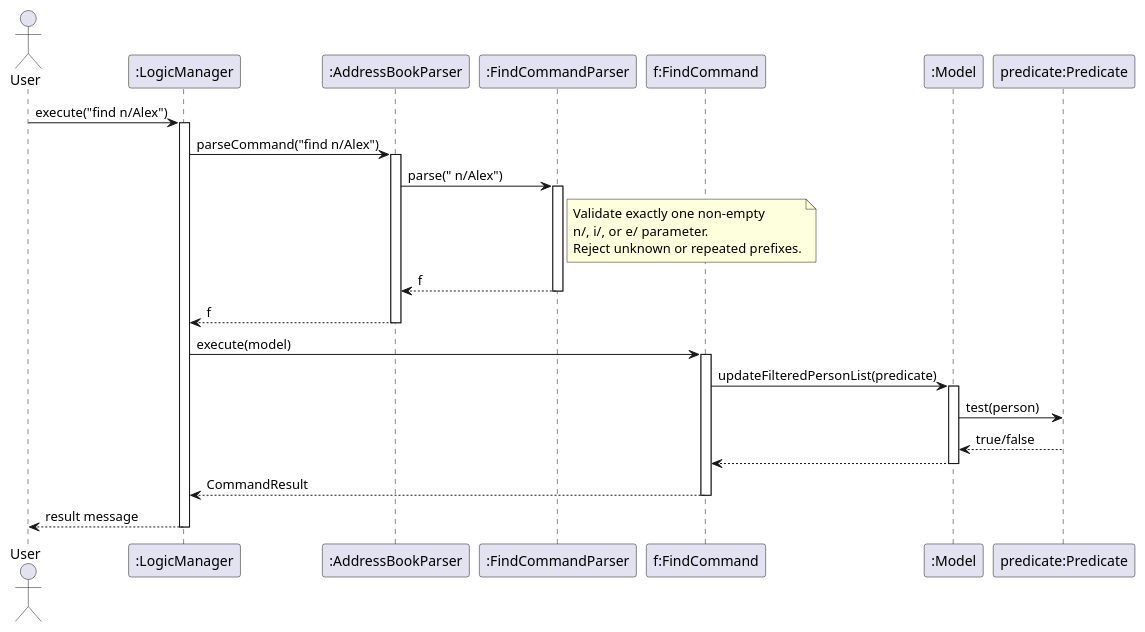
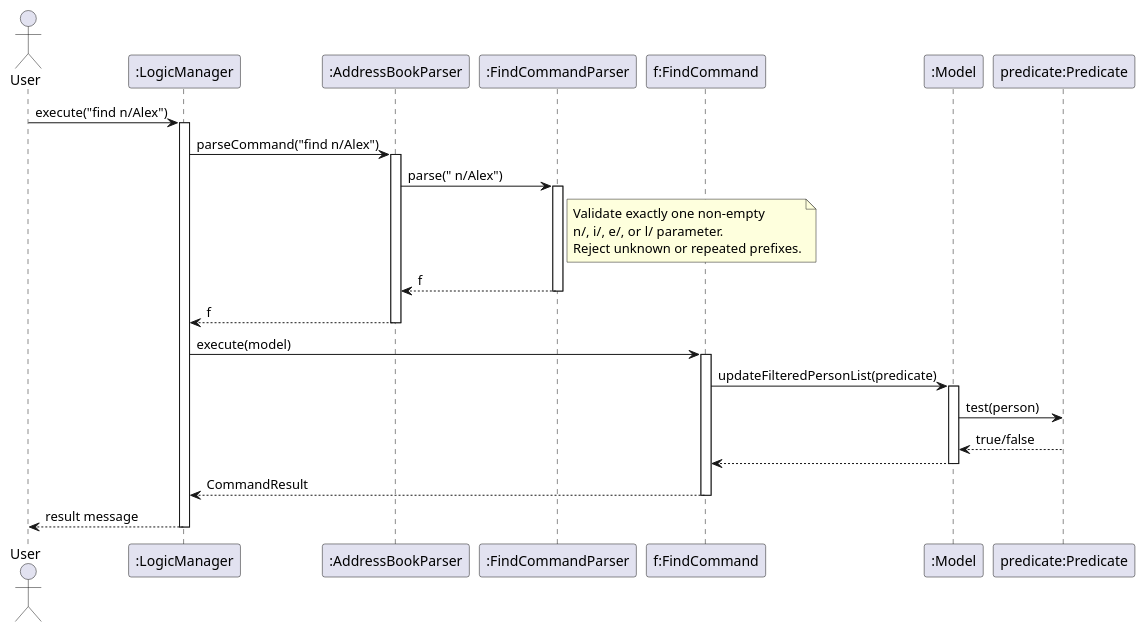
One commit to 8ryanl33/tp changed the diagram in docs/diagrams/FindCommandSequenceDiagram.puml. Above: the diagram before and after it, drawn with PlantUML. The commit also changed 20 other files, not shown here.

```diff
--- a/docs/diagrams/FindCommandSequenceDiagram.puml
+++ b/docs/diagrams/FindCommandSequenceDiagram.puml
@@ -1,44 +1,44 @@
 @startuml
 actor User
 participant ":LogicManager" as LogicManager
 participant ":AddressBookParser" as AddressBookParser
 participant ":FindCommandParser" as FindCommandParser
 participant "f:FindCommand" as FindCommand
 participant ":Model" as Model
 participant "predicate:Predicate" as Predicate
 
 User -> LogicManager : execute("find n/Alex")
 activate LogicManager
 
 LogicManager -> AddressBookParser : parseCommand("find n/Alex")
 activate AddressBookParser
 
 AddressBookParser -> FindCommandParser : parse(" n/Alex")
 activate FindCommandParser
 note right of FindCommandParser
 Validate exactly one non-empty
-n/, i/, or e/ parameter.
+n/, i/, e/, or l/ parameter.
 Reject unknown or repeated prefixes.
 end note
 FindCommandParser --> AddressBookParser : f
 deactivate FindCommandParser
 
 AddressBookParser --> LogicManager : f
 deactivate AddressBookParser
 
 LogicManager -> FindCommand : execute(model)
 activate FindCommand
 
 FindCommand -> Model : updateFilteredPersonList(predicate)
 activate Model
 Model -> Predicate : test(person)
 Predicate --> Model : true/false
 Model --> FindCommand
 deactivate Model
 
 FindCommand --> LogicManager : CommandResult
 deactivate FindCommand
 
 LogicManager --> User : result message
 deactivate LogicManager
 @enduml
```
